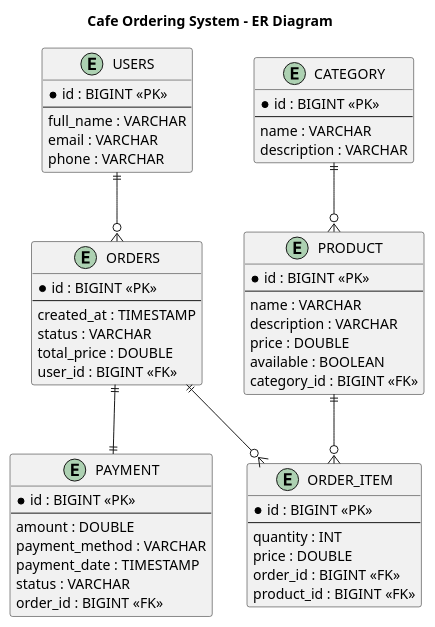
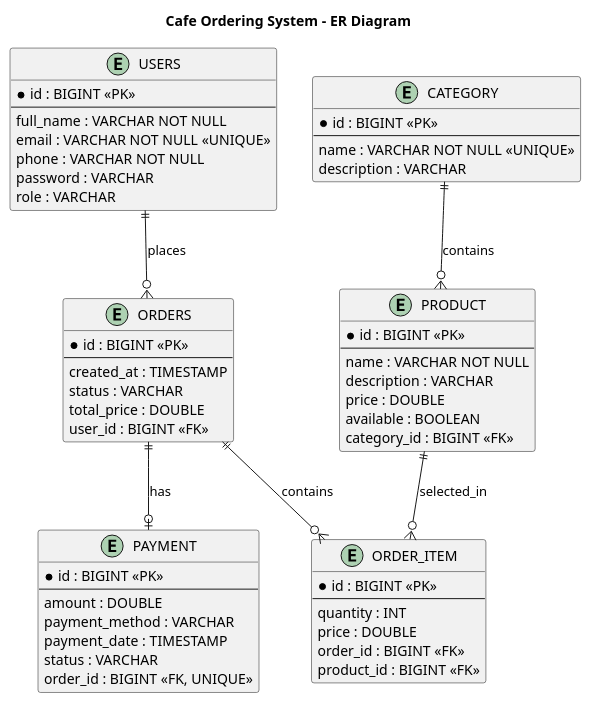
One commit to ayaulymserikova13-coder/cafe-ordering-system changed the diagram in diagrams/er-diagram.puml. Above: the diagram before and after it, drawn with PlantUML. The commit also changed 23 other files, not shown here.

```diff
--- a/diagrams/er-diagram.puml
+++ b/diagrams/er-diagram.puml
@@ -1,63 +1,65 @@
 @startuml
 title Cafe Ordering System - ER Diagram
 
 entity USERS {
   * id : BIGINT <<PK>>
   --
-  full_name : VARCHAR
-  email : VARCHAR
-  phone : VARCHAR
+  full_name : VARCHAR NOT NULL
+  email : VARCHAR NOT NULL <<UNIQUE>>
+  phone : VARCHAR NOT NULL
+  password : VARCHAR
+  role : VARCHAR
 }
 
 entity CATEGORY {
   * id : BIGINT <<PK>>
   --
-  name : VARCHAR
+  name : VARCHAR NOT NULL <<UNIQUE>>
   description : VARCHAR
 }
 
 entity PRODUCT {
   * id : BIGINT <<PK>>
   --
-  name : VARCHAR
+  name : VARCHAR NOT NULL
   description : VARCHAR
   price : DOUBLE
   available : BOOLEAN
   category_id : BIGINT <<FK>>
 }
 
 entity ORDERS {
   * id : BIGINT <<PK>>
   --
   created_at : TIMESTAMP
   status : VARCHAR
   total_price : DOUBLE
   user_id : BIGINT <<FK>>
 }
 
 entity ORDER_ITEM {
   * id : BIGINT <<PK>>
   --
   quantity : INT
   price : DOUBLE
   order_id : BIGINT <<FK>>
   product_id : BIGINT <<FK>>
 }
 
 entity PAYMENT {
   * id : BIGINT <<PK>>
   --
   amount : DOUBLE
   payment_method : VARCHAR
   payment_date : TIMESTAMP
   status : VARCHAR
-  order_id : BIGINT <<FK>>
+  order_id : BIGINT <<FK, UNIQUE>>
 }
 
-USERS ||--o{ ORDERS
-CATEGORY ||--o{ PRODUCT
-ORDERS ||--o{ ORDER_ITEM
-PRODUCT ||--o{ ORDER_ITEM
-ORDERS ||--|| PAYMENT
+USERS ||--o{ ORDERS : places
+CATEGORY ||--o{ PRODUCT : contains
+ORDERS ||--o{ ORDER_ITEM : contains
+PRODUCT ||--o{ ORDER_ITEM : selected_in
+ORDERS ||--o| PAYMENT : has
 
 @enduml
```
